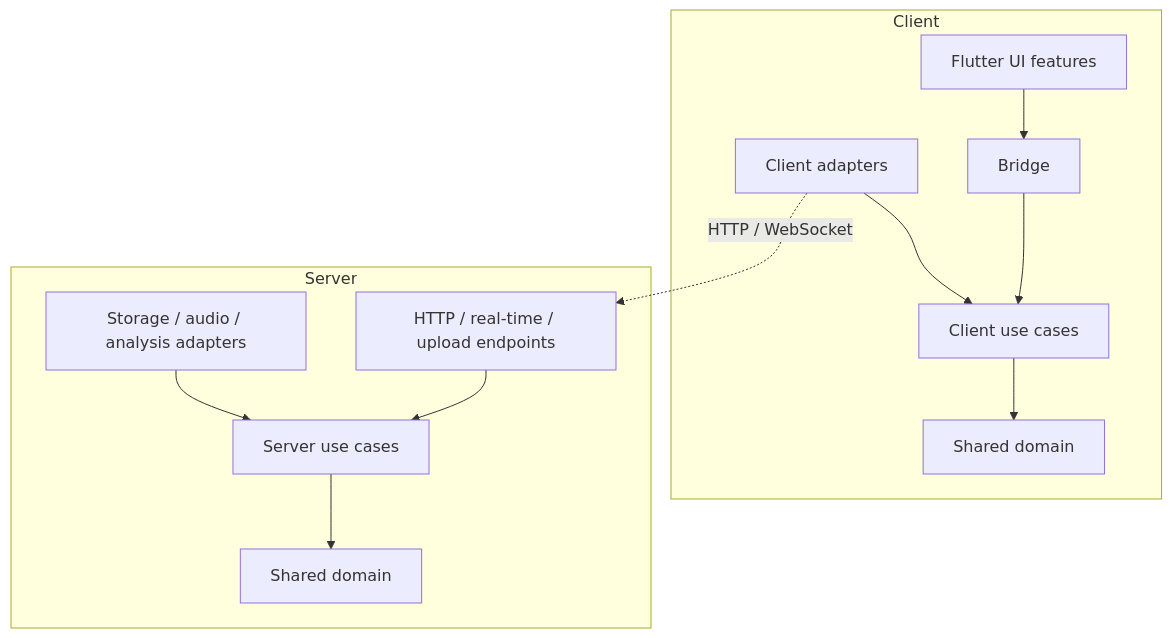
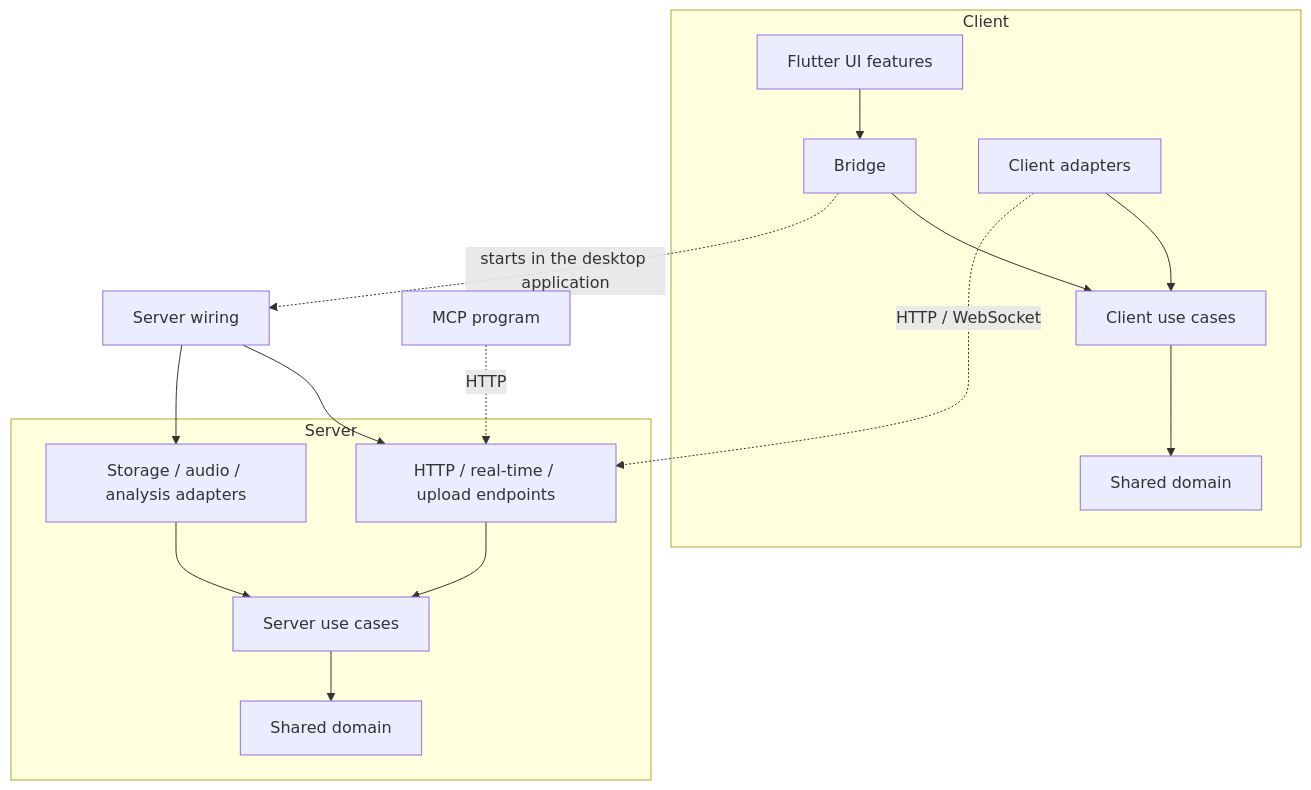
Before and after one commit to wizkah/veltrunox: the diagram in docs/architecture/Architecture.md, drawn with Mermaid. The commit also changed other lines of this file and 4 other files, not shown here.

Commit message:
Docs: contributing guide, architecture covers desktop app and MCP; neutral test names

````diff
--- a/docs/architecture/Architecture.md
+++ b/docs/architecture/Architecture.md
@@ -20,15 +22,19 @@
 ```mermaid
 flowchart TB
     subgraph Client
         UI[Flutter UI features] --> BR[Bridge]
         BR --> CA[Client use cases]
         CA --> CD[Shared domain]
         CP[Client adapters] --> CA
     end
     subgraph Server
         EP[HTTP / real-time / upload endpoints] --> SA[Server use cases]
         SA --> CD2[Shared domain]
         SP[Storage / audio / analysis adapters] --> SA
     end
     CP -. HTTP / WebSocket .-> EP
+    MCP[MCP program] -. HTTP .-> EP
+    BR -. starts in the desktop application .-> SW[Server wiring]
+    SW --> EP
+    SW --> SP
 ```
````
